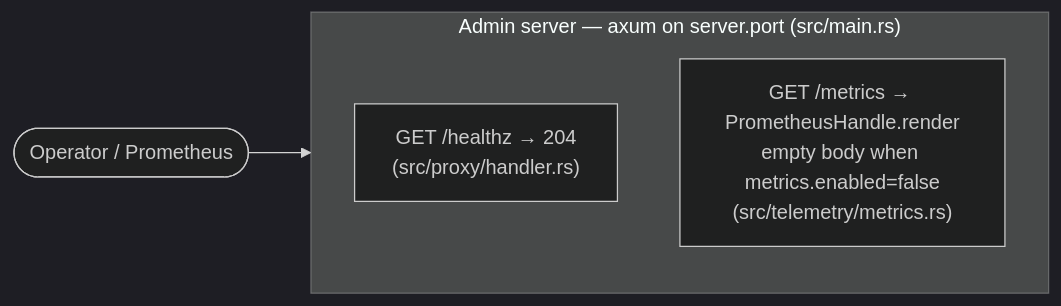
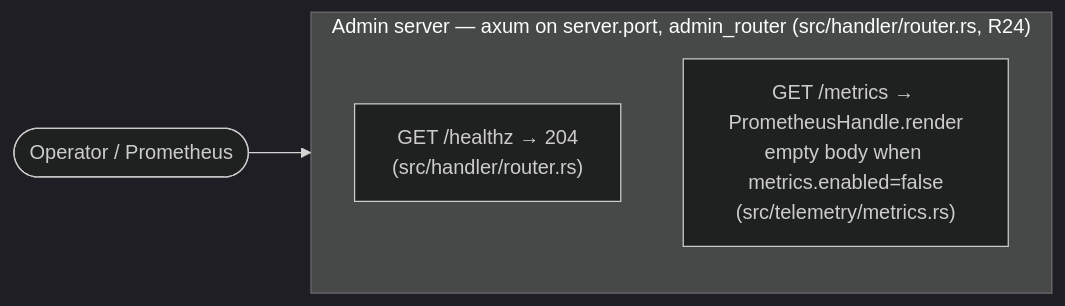
Before and after one commit to smf8/riffy: the second of 2 diagrams in docs/architecture.md, drawn with Mermaid (dark theme). The commit also changed other lines of this file and 31 other files, not shown here.

````diff
--- a/docs/architecture.md
+++ b/docs/architecture.md
@@ -80,9 +85,9 @@
 ```mermaid
 flowchart LR
     operator(["Operator / Prometheus"]) --> admin
 
-    subgraph admin ["Admin server — axum on server.port (src/main.rs)"]
-        hz["GET /healthz → 204<br/>(src/proxy/handler.rs)"]
+    subgraph admin ["Admin server — axum on server.port, admin_router (src/handler/router.rs, R24)"]
+        hz["GET /healthz → 204<br/>(src/handler/router.rs)"]
         mx["GET /metrics → PrometheusHandle.render<br/>empty body when metrics.enabled=false<br/>(src/telemetry/metrics.rs)"]
     end
 ```
````
